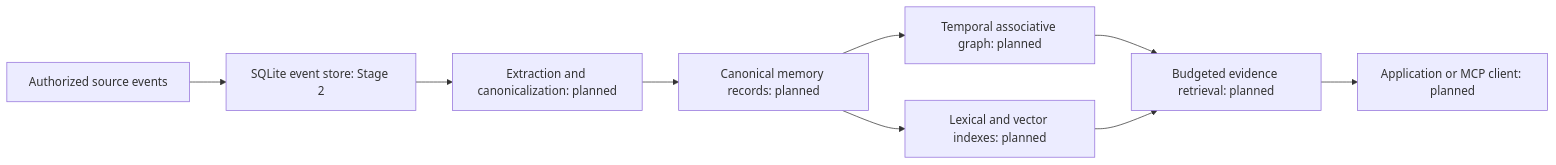
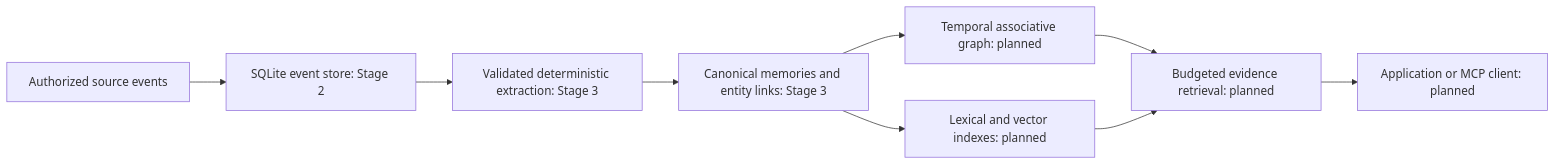
One commit to hamzah105/OOMP changed the diagram in docs/architecture.md. Above: the diagram before and after it, drawn with Mermaid. The commit also changed other lines of this file and 32 other files, not shown here.

Commit message:
Implement OOMP Stage 3 canonical memory extraction

````diff
--- a/docs/architecture.md
+++ b/docs/architecture.md
@@ -7,11 +7,11 @@
 ```mermaid
 flowchart LR
     A[Authorized source events] --> B[SQLite event store: Stage 2]
-    B --> C[Extraction and canonicalization: planned]
-    C --> D[Canonical memory records: planned]
+    B --> C[Validated deterministic extraction: Stage 3]
+    C --> D[Canonical memories and entity links: Stage 3]
     D --> E[Temporal associative graph: planned]
     D --> F[Lexical and vector indexes: planned]
     E --> G[Budgeted evidence retrieval: planned]
     F --> G
     G --> H[Application or MCP client: planned]
 ```
````
